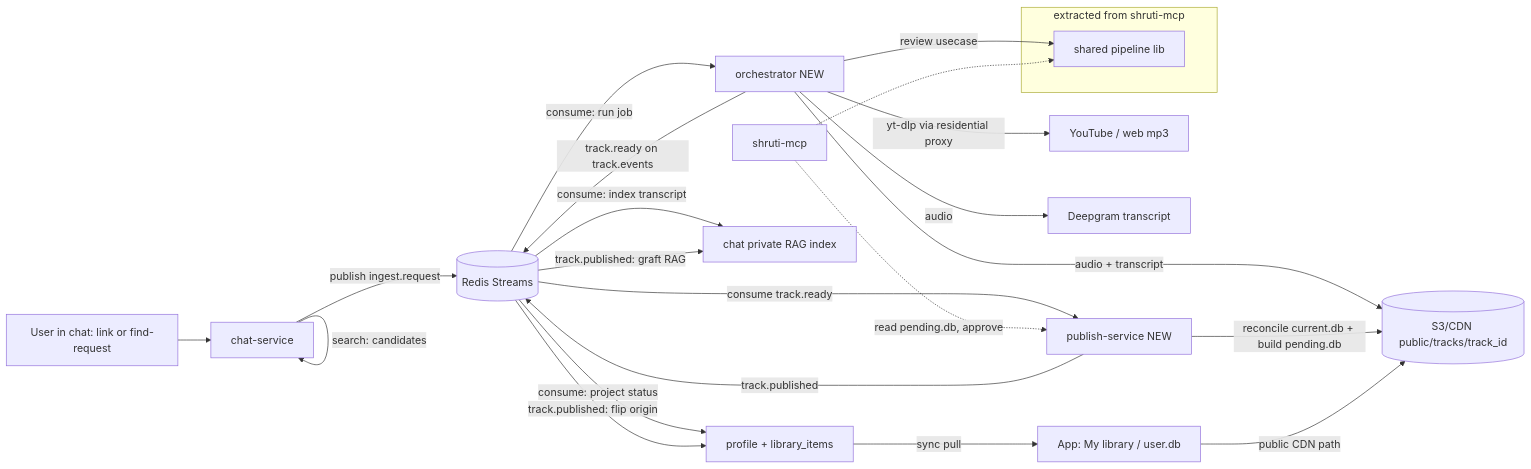
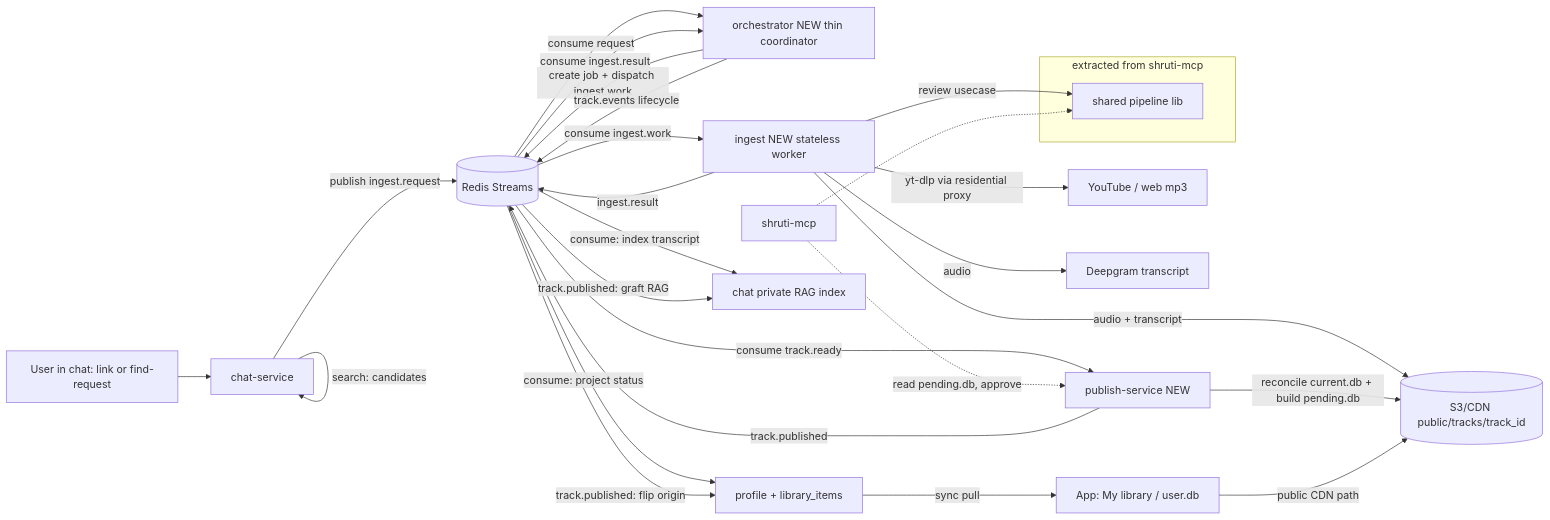
The first of 3 diagrams in docs/repos/shruti/architecture/personal-library.md (jiva-studio/shruti), drawn with Mermaid before and after one commit. The commit also changed other lines of this file, not shown here.

First line of the commit message:
docs(personal-library): reflect ingest worker / orchestrator coordinator split

````diff
--- a/docs/repos/shruti/architecture/personal-library.md
+++ b/docs/repos/shruti/architecture/personal-library.md
@@ -18,27 +18,31 @@
 ```mermaid
 graph LR
     U[User in chat: link or find-request] --> CH[chat-service]
     CH -->|search: candidates| CH
     CH -->|publish ingest.request| EV[(Redis Streams)]
-    EV -->|consume: run job| ORC[orchestrator NEW]
-    ORC -->|yt-dlp via residential proxy| NET[YouTube / web mp3]
-    ORC -->|audio| DG[Deepgram transcript]
-    ORC -->|review usecase| SHARED[shared pipeline lib]
-    ORC -->|audio + transcript| S3[(S3/CDN public/tracks/track_id)]
-    ORC -->|track.ready on track.events| EV[(Redis Streams)]
+    EV -->|consume request| ORC[orchestrator NEW thin coordinator]
+    ORC -->|create job + dispatch ingest.work| EV
+    EV -->|consume ingest.work| ING[ingest NEW stateless worker]
+    ING -->|yt-dlp via residential proxy| NET[YouTube / web mp3]
+    ING -->|audio| DG[Deepgram transcript]
+    ING -->|review usecase| SHARED[shared pipeline lib]
+    ING -->|audio + transcript| S3[(S3/CDN public/tracks/track_id)]
+    ING -->|ingest.result| EV
+    EV -->|consume ingest.result| ORC
+    ORC -->|track.events lifecycle| EV
     EV -->|consume: project status| PR[profile + library_items]
     EV -->|consume: index transcript| CIDX[chat private RAG index]
     EV -->|consume track.ready| PUB[publish-service NEW]
     PUB -->|reconcile current.db + build pending.db| S3
     PUB -->|track.published| EV
     EV -->|track.published: flip origin| PR
     EV -->|track.published: graft RAG| CIDX
     PR -->|sync pull| APP[App: My library / user.db]
     APP -->|public CDN path| S3
 
     subgraph reuse[extracted from shruti-mcp]
         SHARED
     end
     MCP[shruti-mcp] -.-> SHARED
     MCP -.->|read pending.db, approve| PUB
 ```
````
